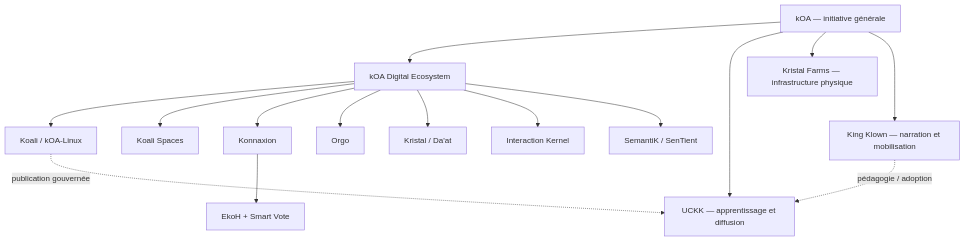
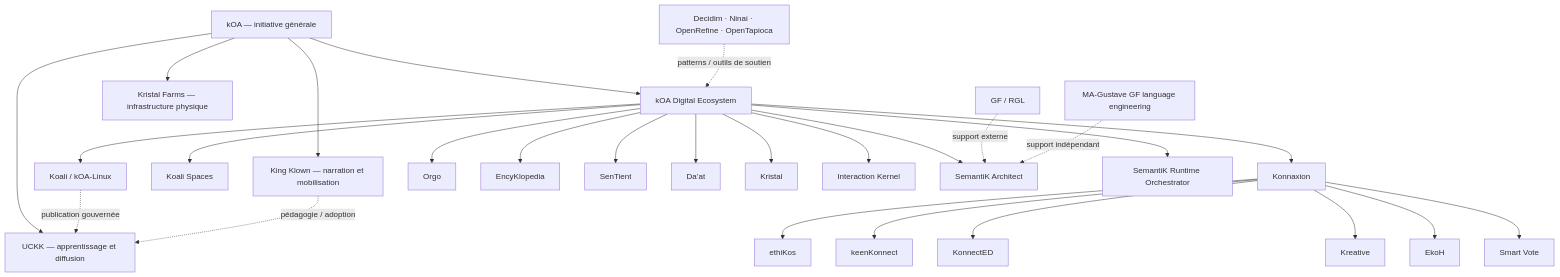
Before and after one commit to Rejean-McCormick/Rejean-McCormick: the diagram in reference-corpus/README.md, drawn with Mermaid. The commit also changed other lines of this file and 34 other files, not shown here.

````diff
--- a/reference-corpus/README.md
+++ b/reference-corpus/README.md
@@ -17,22 +23,36 @@
 ```mermaid
 flowchart TD
     KOA[kOA — initiative générale]
 
     KOA --> DE[kOA Digital Ecosystem]
     KOA --> UCKK[UCKK — apprentissage et diffusion]
     KOA --> KF[Kristal Farms — infrastructure physique]
     KOA --> KK[King Klown — narration et mobilisation]
 
     DE --> KOALI[Koali / kOA-Linux]
     DE --> SPACES[Koali Spaces]
     DE --> KONN[Konnaxion]
     DE --> ORGO[Orgo]
-    DE --> KR[Kristal / Da'at]
+    DE --> ENC[EncyKlopedia]
+    DE --> SENT[SenTient]
+    DE --> DAAT[Da’at]
+    DE --> KR[Kristal]
     DE --> IK[Interaction Kernel]
+    DE --> SA[SemantiK Architect]
+    DE --> SRO[SemantiK Runtime Orchestrator]
 
-    KONN --> EKOH[EkoH + Smart Vote]
-    DE --> LANG[SemantiK / SenTient]
+    KONN --> ETH[ethiKos]
+    KONN --> KEEN[keenKonnect]
+    KONN --> KED[KonnectED]
+    KONN --> KRE[Kreative]
+    KONN --> EKOH[EkoH]
+    KONN --> SV[Smart Vote]
 
     KOALI -. publication gouvernée .-> UCKK
+
+    GF[GF / RGL] -. support externe .-> SA
+    MAG[MA-Gustave GF language engineering] -. support indépendant .-> SA
+    EXT[Decidim · Ninai · OpenRefine · OpenTapioca] -. patterns / outils de soutien .-> DE
+
     KK -. pédagogie / adoption .-> UCKK
 ```
````
